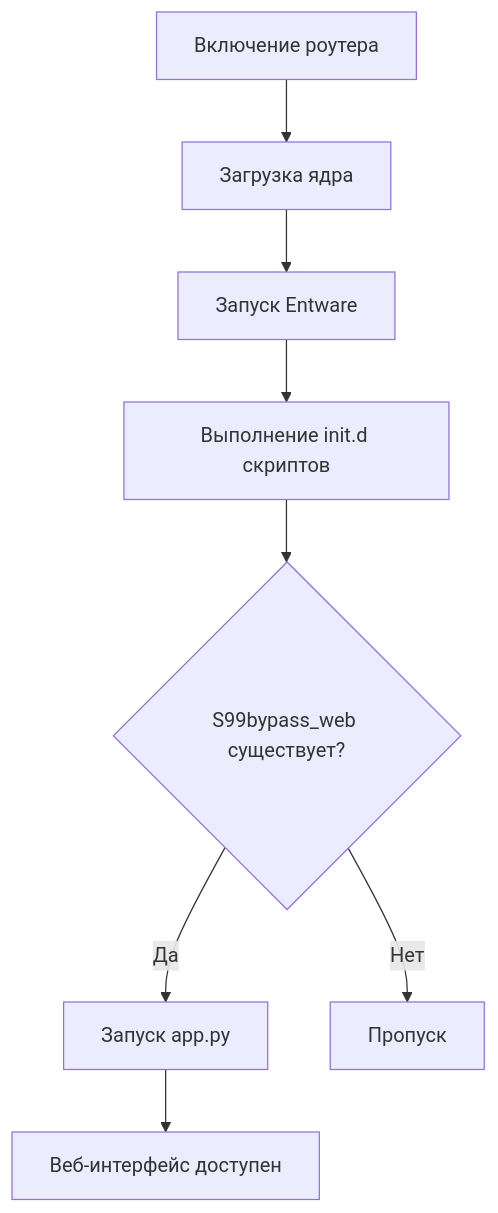
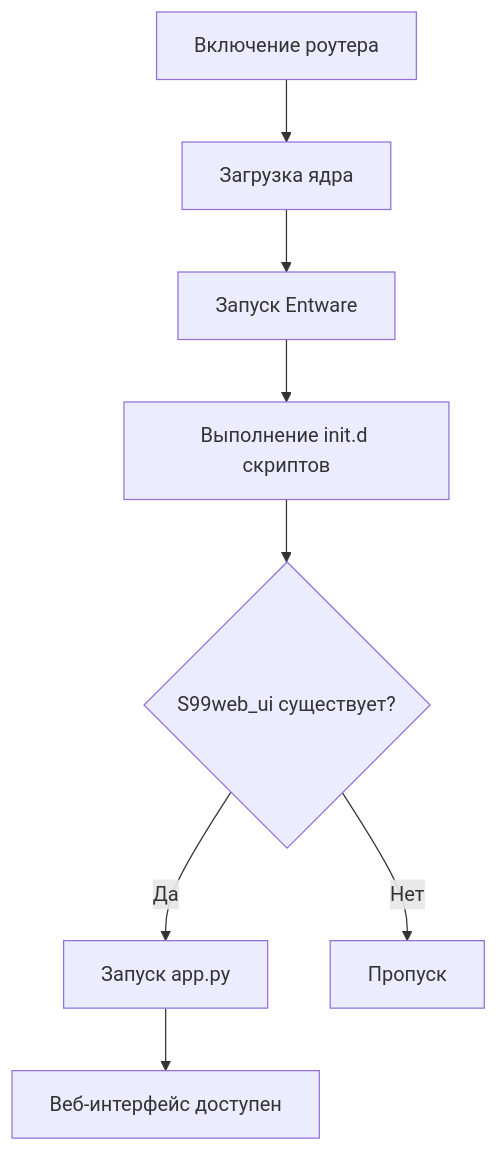
Before and after one commit to royfincher25-source/bypass_keenetic_web: the fifth of 12 diagrams in docs/OBSIDIAN_INSTRUCTION.md, drawn with Mermaid. The commit also changed other lines of this file and 10 other files, not shown here.

````diff
--- a/docs/OBSIDIAN_INSTRUCTION.md
+++ b/docs/OBSIDIAN_INSTRUCTION.md
@@ -1395,10 +1395,10 @@
 ```mermaid
 flowchart TD
     A[Включение роутера] --> B[Загрузка ядра]
     B --> C[Запуск Entware]
     C --> D[Выполнение init.d скриптов]
-    D --> E{S99bypass_web существует?}
+    D --> E{S99web_ui существует?}
     E -->|Да| F[Запуск app.py]
     E -->|Нет| G[Пропуск]
     F --> H[Веб-интерфейс доступен]
 ```
````
